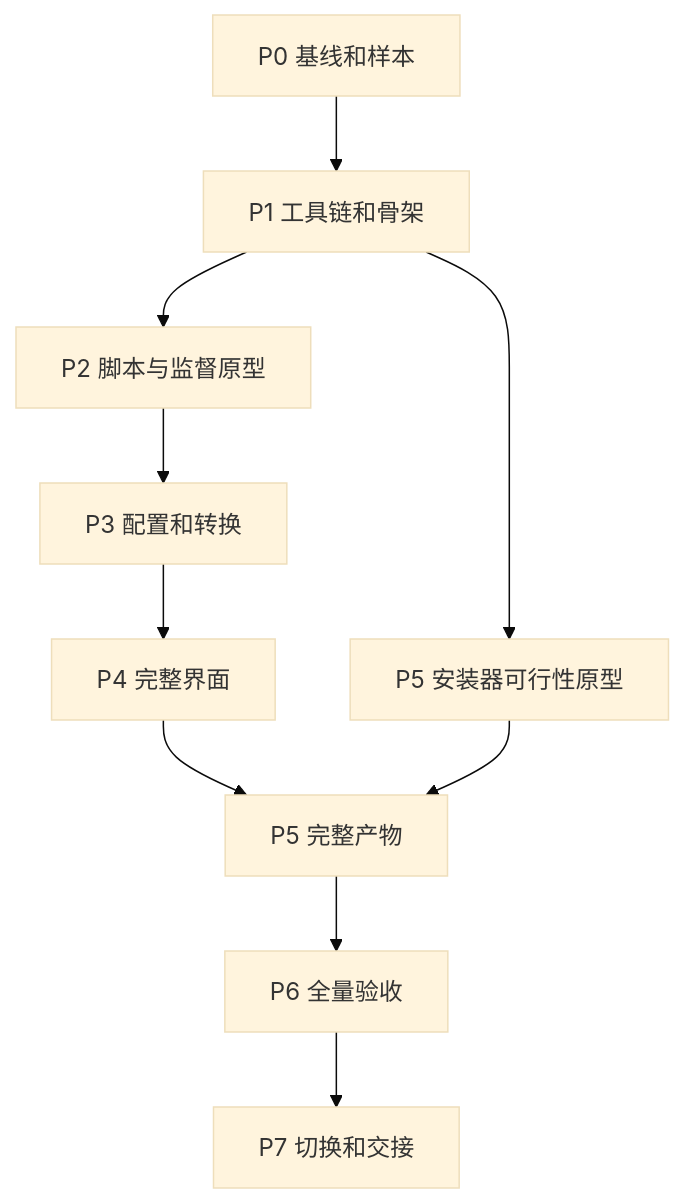
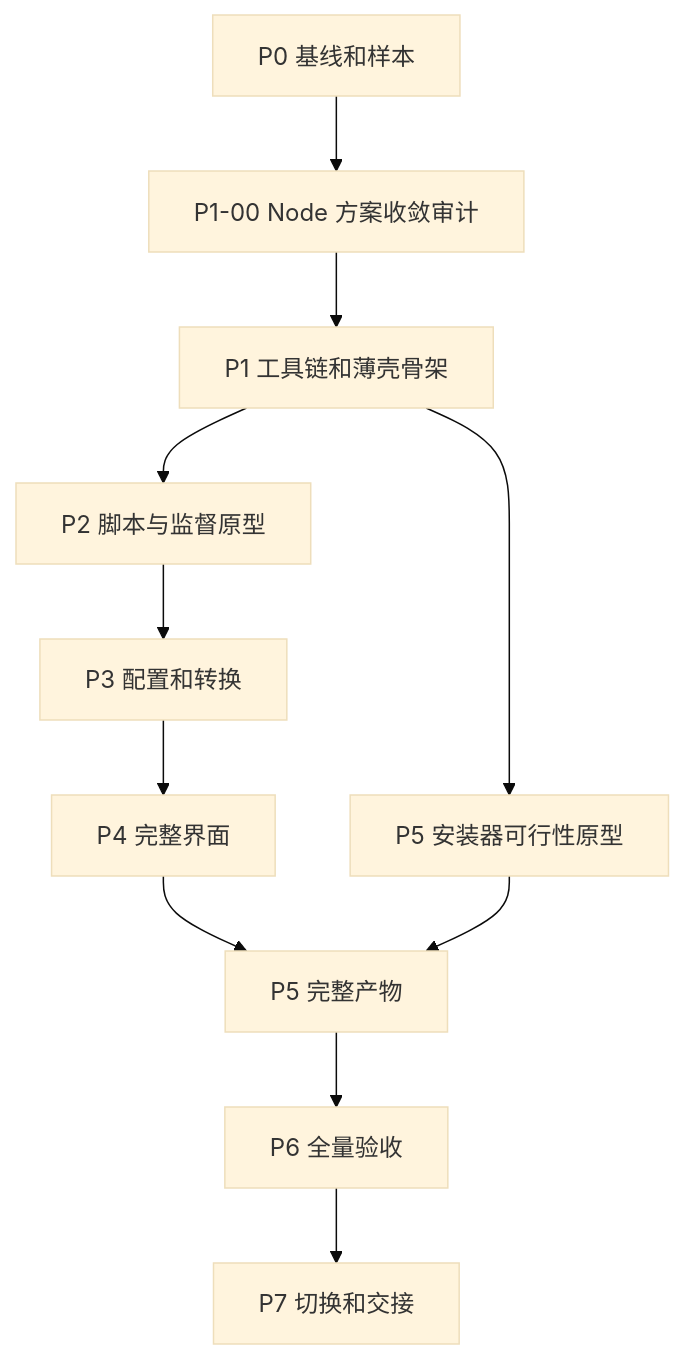
One commit to owent/xresconv-gui changed the diagram in docs/plan/README.md. Above: the diagram before and after it, drawn with Mermaid (base theme). The commit also changed other lines of this file and 141 other files, not shown here.

````diff
--- a/docs/plan/README.md
+++ b/docs/plan/README.md
@@ -42,12 +42,13 @@
 ```mermaid
 flowchart TD
-    B[P0 基线和样本] --> T[P1 工具链和骨架]
+    B[P0 基线和样本] --> A[P1-00 Node 方案收敛审计]
+    A --> T[P1 工具链和薄壳骨架]
     T --> S[P2 脚本与监督原型]
     S --> C[P3 配置和转换]
     C --> U[P4 完整界面]
     T --> K[P5 安装器可行性原型]
     U --> P[P5 完整产物]
     K --> P
     P --> Q[P6 全量验收]
     Q --> M[P7 切换和交接]
 ```
````
